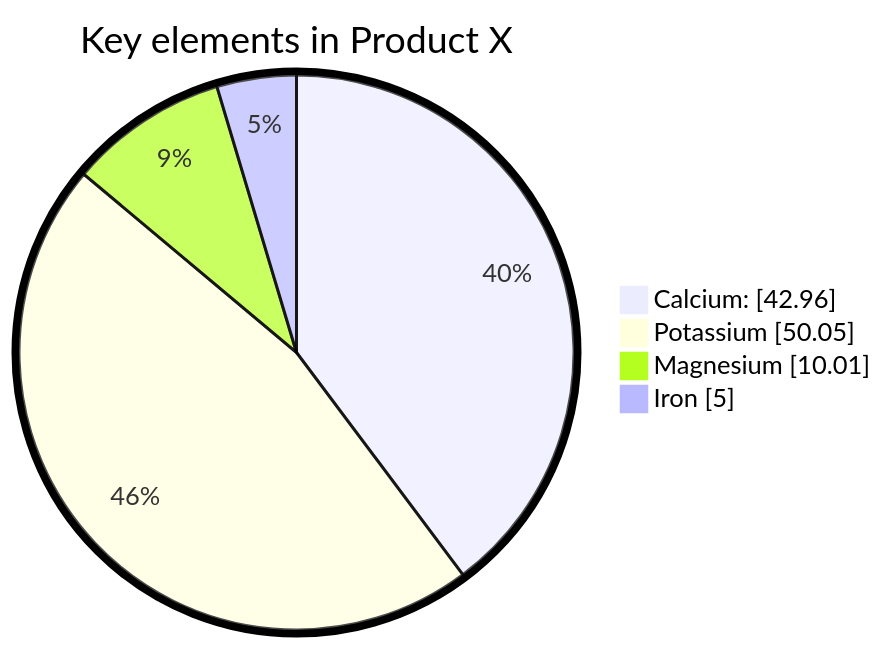
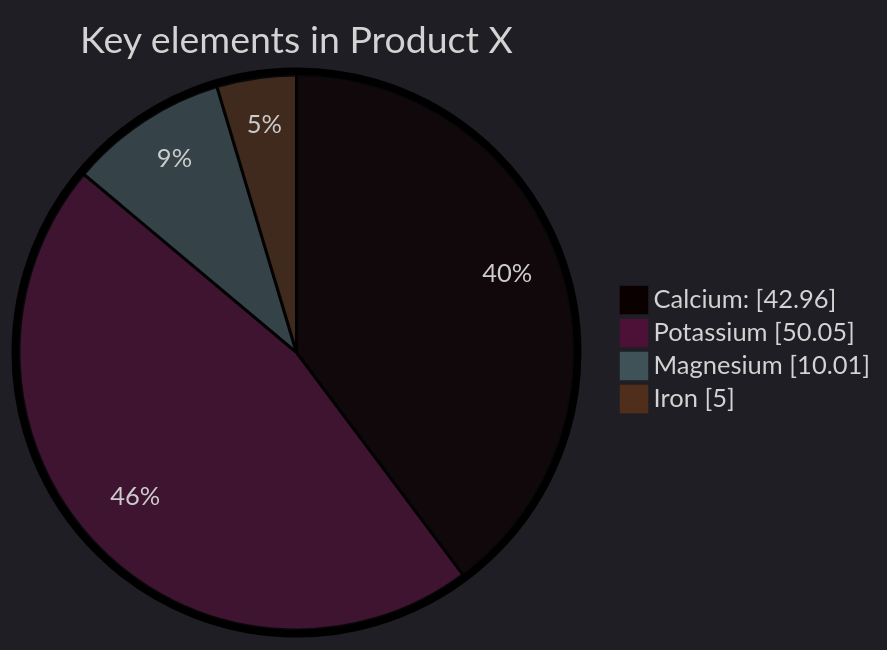
One commit to minahasilo/md2visio changed the diagram in md2visio/test/pie.md. Above: the diagram before and after it, drawn with Mermaid. The commit also changed 2 other files, not shown here.

````diff
--- a/md2visio/test/pie.md
+++ b/md2visio/test/pie.md
@@ -1,15 +1,16 @@
 ```mermaid
 ---
 config:
+  theme: 'dark'
   themeVariables: 
     pieOuterStrokeWidth: "1px"
 ---
 %%{init: {"pie": {"textPosition": 0.8}, "themeVariables": {"pieOuterStrokeWidth": "5px"}} }%%
 pie showData title Pets adopted by volunteers
 	%% pie: test
     title Key elements in Product X
     "Calcium:" : 42.96
     "Potassium" : 50.05
     "Magnesium" : 10.01
     "Iron" :  5
 ```
````
